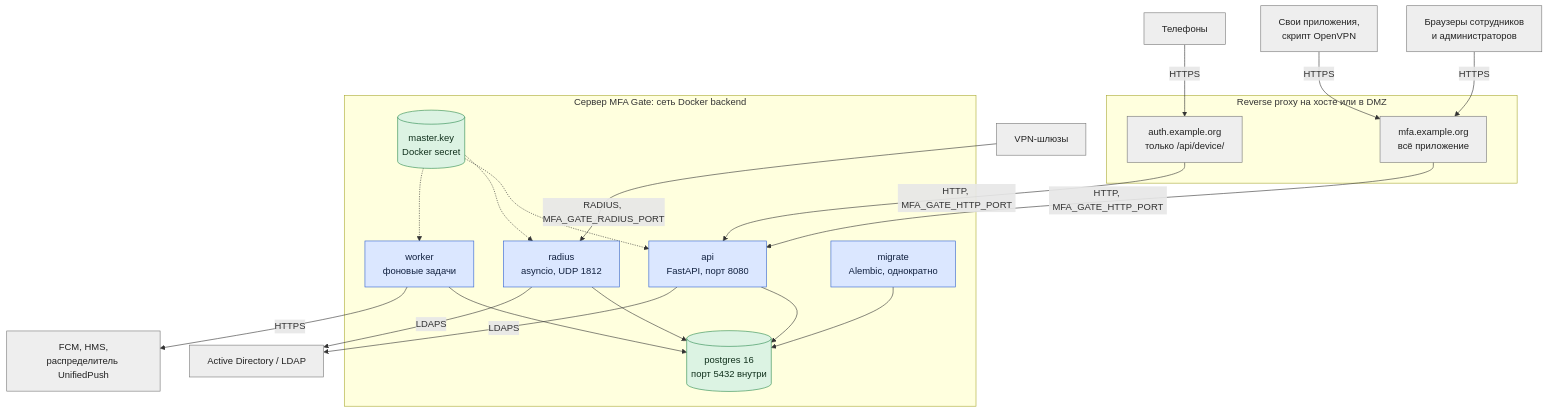
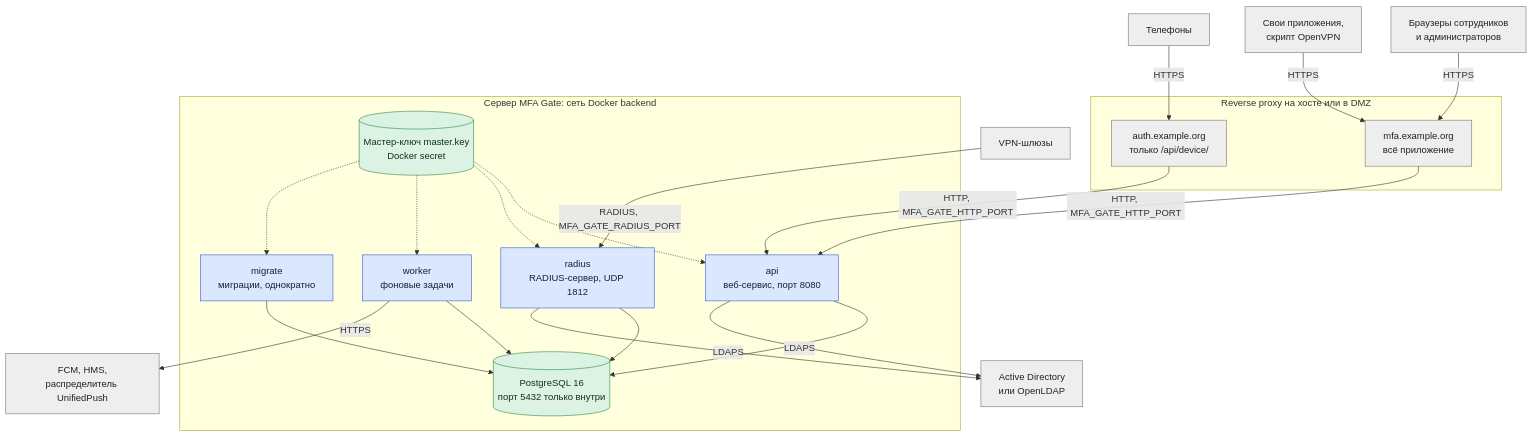
One commit to calleograph/mfa-gate changed the first of 2 diagrams in wiki/Архитектура-Компоненты-и-контейнеры.md. Above: the diagram before and after it, drawn with Mermaid. The commit also changed 66 other files, not shown here.

````diff
--- a/wiki/Архитектура-Компоненты-и-контейнеры.md
+++ b/wiki/Архитектура-Компоненты-и-контейнеры.md
@@ -9,38 +9,38 @@
 ```mermaid
 flowchart TB
   GW["VPN-шлюзы"]:::ext
   BR["Браузеры сотрудников<br/>и администраторов"]:::ext
   APP["Свои приложения,<br/>скрипт OpenVPN"]:::ext
   PH["Телефоны"]:::ext
   subgraph P["Reverse proxy на хосте или в DMZ"]
     RPI["mfa.example.org<br/>всё приложение"]:::ext
     RPE["auth.example.org<br/>только /api/device/"]:::ext
   end
   subgraph H["Сервер MFA Gate: сеть Docker backend"]
-    API["api<br/>FastAPI, порт 8080"]:::own
-    RAD["radius<br/>asyncio, UDP 1812"]:::own
+    API["api<br/>веб-сервис, порт 8080"]:::own
+    RAD["radius<br/>RADIUS-сервер, UDP 1812"]:::own
     WRK["worker<br/>фоновые задачи"]:::own
-    MIG["migrate<br/>Alembic, однократно"]:::own
-    PG[("postgres 16<br/>порт 5432 внутри")]:::data
-    KEY[("master.key<br/>Docker secret")]:::data
+    MIG["migrate<br/>миграции, однократно"]:::own
+    PG[("PostgreSQL 16<br/>порт 5432 только внутри")]:::data
+    KEY[("Мастер-ключ master.key<br/>Docker secret")]:::data
   end
-  AD["Active Directory / LDAP"]:::ext
+  AD["Active Directory<br/>или OpenLDAP"]:::ext
   FCM["FCM, HMS,<br/>распределитель UnifiedPush"]:::ext
   BR -->|"HTTPS"| RPI
   APP -->|"HTTPS"| RPI
   PH -->|"HTTPS"| RPE
   RPI -->|"HTTP, MFA_GATE_HTTP_PORT"| API
   RPE -->|"HTTP, MFA_GATE_HTTP_PORT"| API
   GW -->|"RADIUS, MFA_GATE_RADIUS_PORT"| RAD
   API --> PG
   RAD --> PG
   WRK --> PG
   MIG --> PG
-  KEY -.-> API & RAD & WRK
+  KEY -.-> API & RAD & WRK & MIG
   API -->|"LDAPS"| AD
   RAD -->|"LDAPS"| AD
   WRK -->|"HTTPS"| FCM
   classDef own fill:#dbe7ff,stroke:#2f5fd0,color:#10203f
   classDef data fill:#dcf3e3,stroke:#2b8a4e,color:#10301c
   classDef ext fill:#eee,stroke:#777,color:#222
 ```
````
